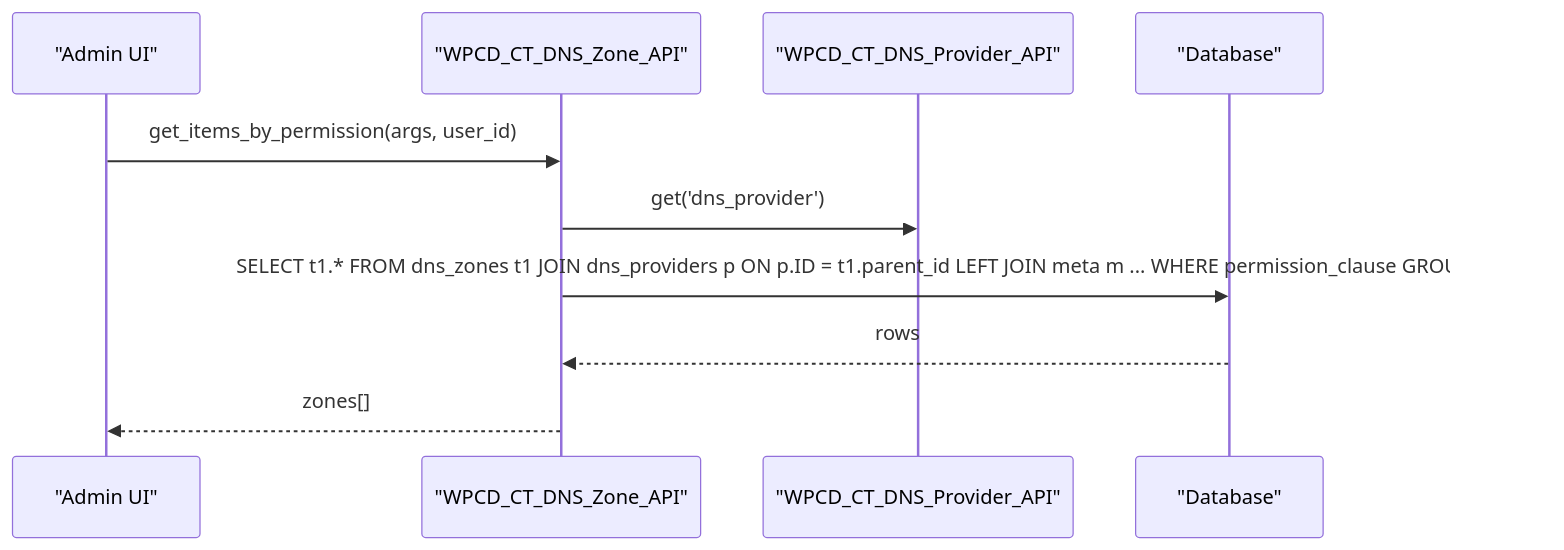
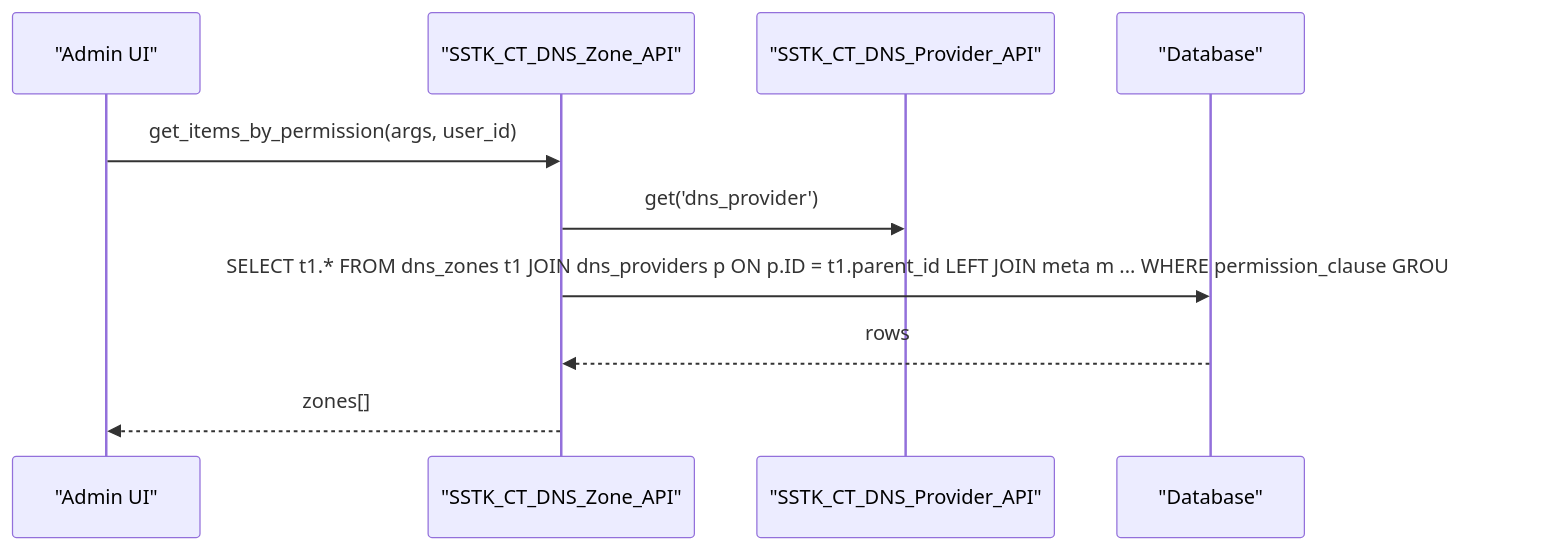
Before and after one commit to onedogsolutions/simple-stack: the fourth of 4 diagrams in .qoder/repowiki/en/content/Data Management/Custom Database Tables/Provider and DNS Tables.md, drawn with Mermaid. The commit also changed other lines of this file and 5941 other files, not shown here.

````diff
--- a/.qoder/repowiki/en/content/Data Management/Custom Database Tables/Provider and DNS Tables.md
+++ b/.qoder/repowiki/en/content/Data Management/Custom Database Tables/Provider and DNS Tables.md
@@ -295,12 +295,12 @@
 ```mermaid
 sequenceDiagram
 participant UI as "Admin UI"
-participant ZoneAPI as "WPCD_CT_DNS_Zone_API"
-participant ProviderAPI as "WPCD_CT_DNS_Provider_API"
+participant ZoneAPI as "SSTK_CT_DNS_Zone_API"
+participant ProviderAPI as "SSTK_CT_DNS_Provider_API"
 participant DB as "Database"
 UI->>ZoneAPI : get_items_by_permission(args, user_id)
 ZoneAPI->>ProviderAPI : get('dns_provider')
 ZoneAPI->>DB : SELECT t1.* FROM dns_zones t1 JOIN dns_providers p ON p.ID = t1.parent_id LEFT JOIN meta m ... WHERE permission_clause GROUP BY t1.ID
 DB-->>ZoneAPI : rows
 ZoneAPI-->>UI : zones[]
 ```
````
